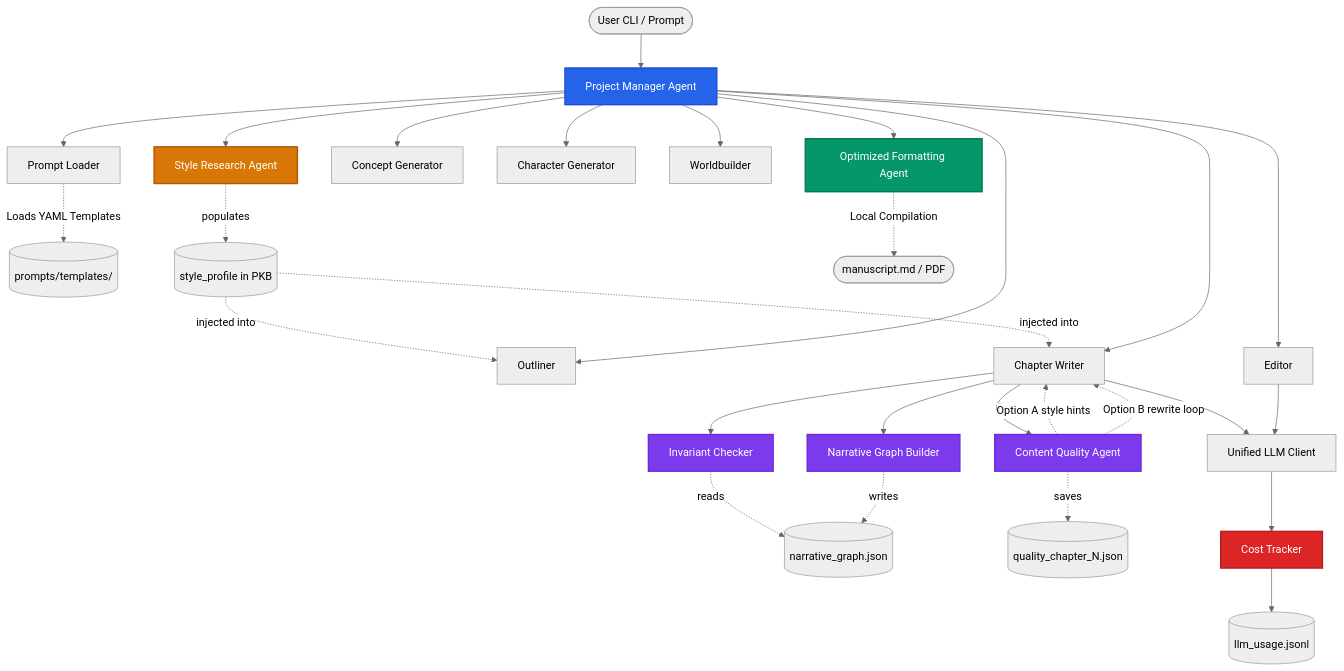
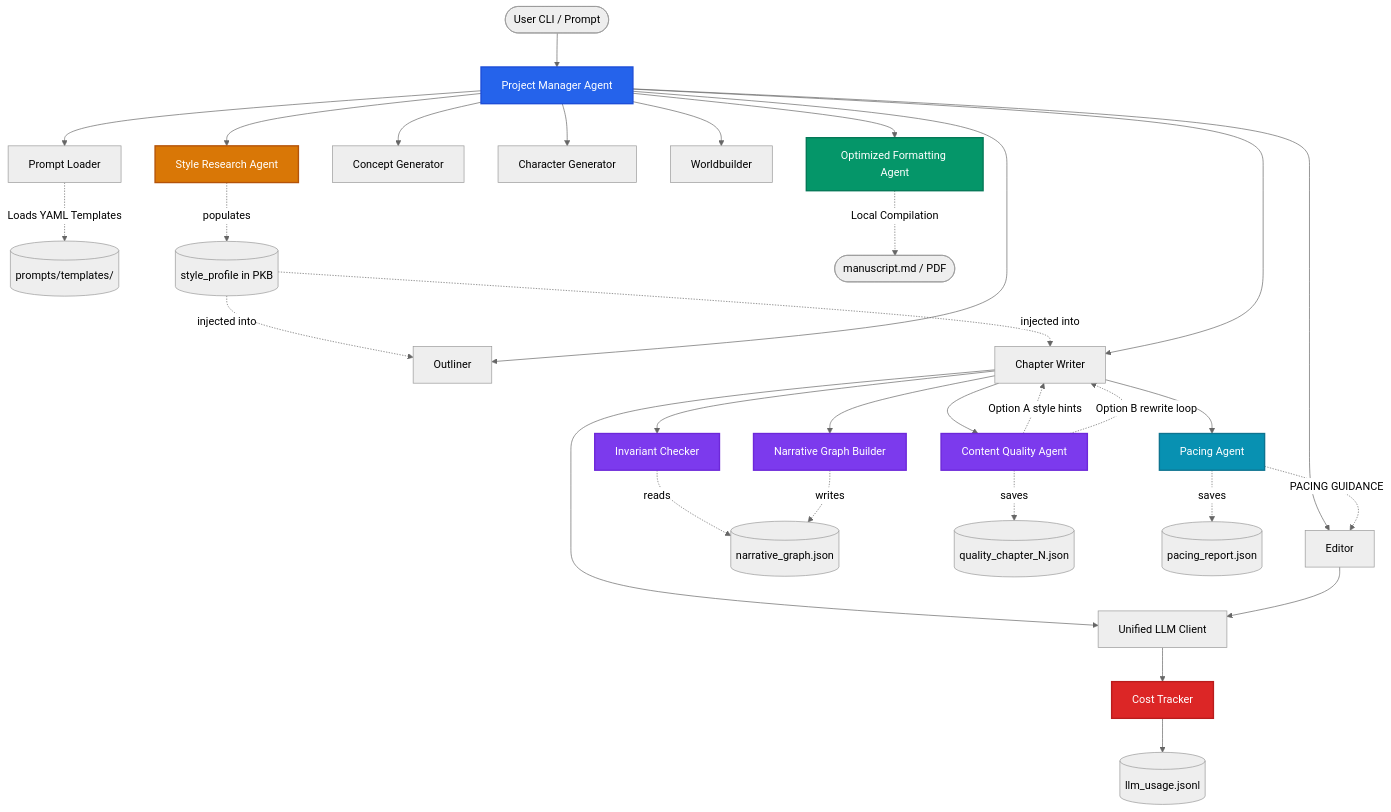
Before and after one commit to guerra2fernando/libriscribe: the diagram in README.md, drawn with Mermaid (neutral theme). The commit also changed other lines of this file and 3 other files, not shown here.

First line of the commit message:
docs: add PacingAgent page, update ChapterWriter/Researcher docs, update README

````diff
--- a/README.md
+++ b/README.md
@@ -34,42 +34,47 @@
 ```mermaid
 graph TD
     User([User CLI / Prompt]) --> PM[Project Manager Agent]
     PM --> PL[Prompt Loader]
     PL -. Loads YAML Templates .-> Templates[(prompts/templates/)]
 
     PM --> SR[Style Research Agent]
     SR -. populates .-> SP[(style_profile in PKB)]
     SP -. injected into .-> OL
     SP -. injected into .-> CW
 
     PM --> CG[Concept Generator]
     PM --> OL[Outliner]
     PM --> CH[Character Generator]
     PM --> WB[Worldbuilder]
     PM --> CW[Chapter Writer]
     PM --> ED[Editor]
 
     CW --> IC[Invariant Checker]
     IC -. reads .-> NG[(narrative_graph.json)]
     CW --> NGB[Narrative Graph Builder]
     NGB -. writes .-> NG
     CW --> CQA[Content Quality Agent]
     CQA -. Option A style hints .-> CW
     CQA -. Option B rewrite loop .-> CW
     CQA -. saves .-> QR[(quality_chapter_N.json)]
 
+    CW --> PA[Pacing Agent]
+    PA -. PACING GUIDANCE .-> ED
+    PA -. saves .-> PR[(pacing_report.json)]
+
     CW & ED --> LLM[Unified LLM Client]
     LLM --> CT[Cost Tracker]
     CT --> Log[(llm_usage.jsonl)]
 
     PM --> FA[Optimized Formatting Agent]
     FA -. Local Compilation .-> Manuscript([manuscript.md / PDF])
 
     style PM fill:#2563EB,stroke:#1D4ED8,color:#FFFFFF,stroke-width:2px
     style FA fill:#059669,stroke:#047857,color:#FFFFFF,stroke-width:2px
     style CT fill:#DC2626,stroke:#B91C1C,color:#FFFFFF,stroke-width:2px
     style IC fill:#7C3AED,stroke:#6D28D9,color:#FFFFFF,stroke-width:2px
     style NGB fill:#7C3AED,stroke:#6D28D9,color:#FFFFFF,stroke-width:2px
     style CQA fill:#7C3AED,stroke:#6D28D9,color:#FFFFFF,stroke-width:2px
     style SR fill:#D97706,stroke:#B45309,color:#FFFFFF,stroke-width:2px
+    style PA fill:#0891B2,stroke:#0E7490,color:#FFFFFF,stroke-width:2px
 ```
````
